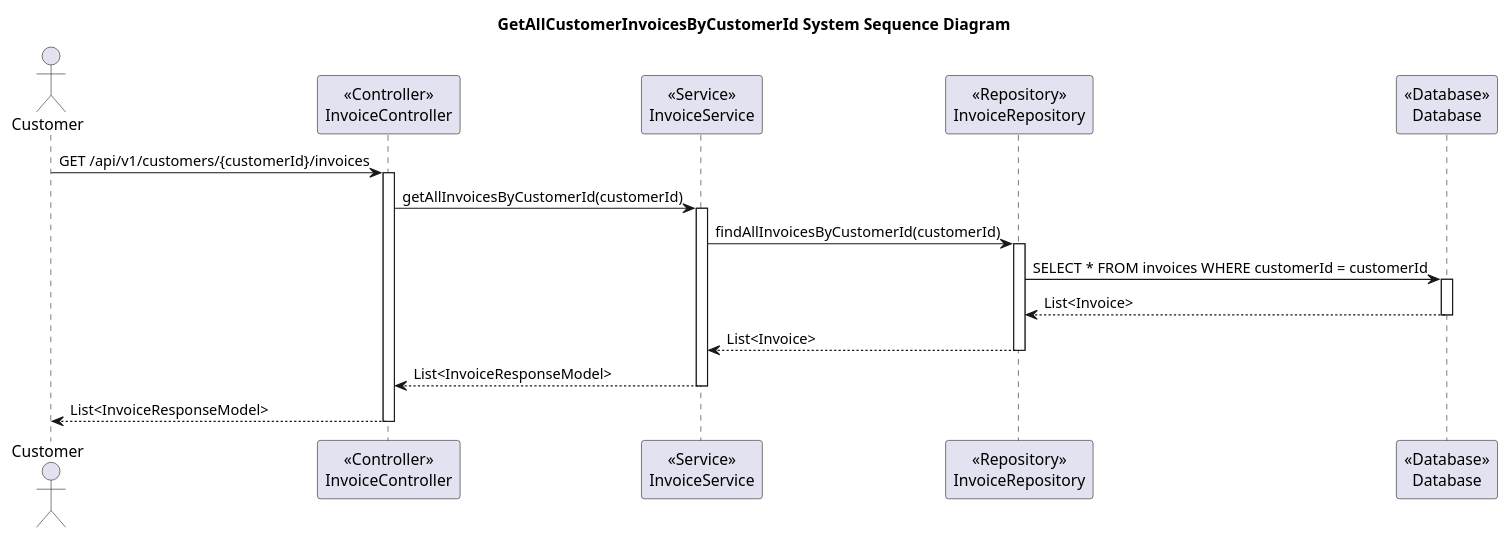
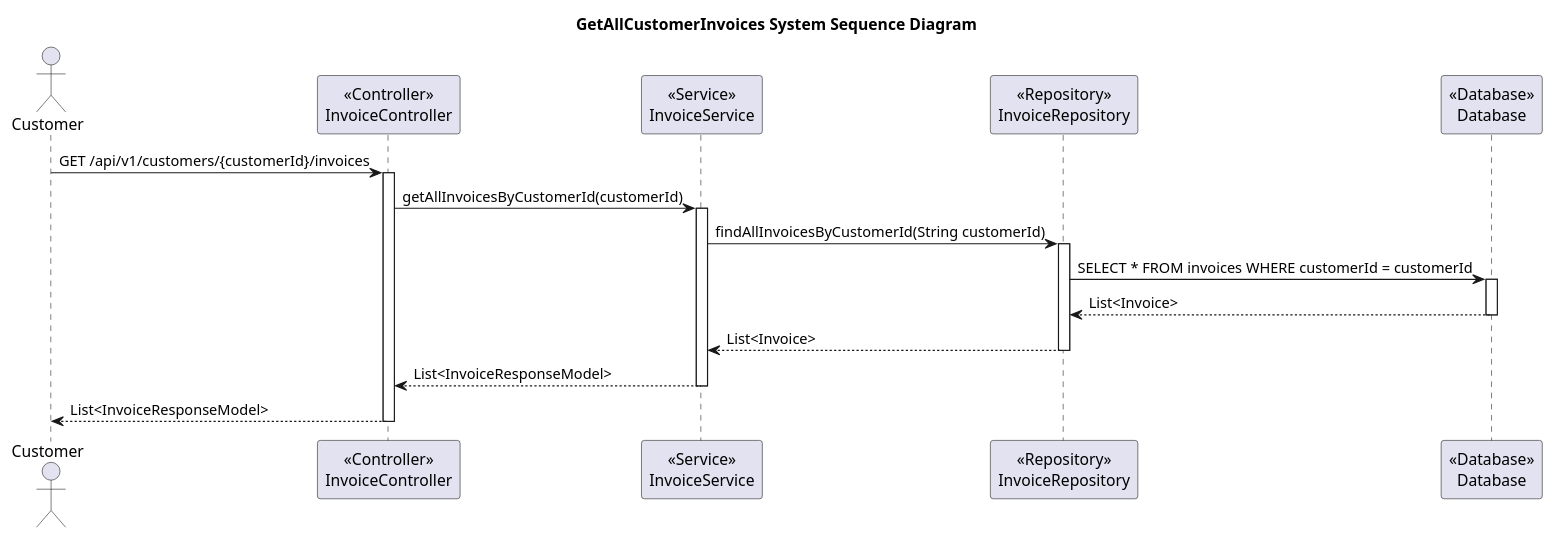
The diagram in diagrams/2-customer/Invoices/GetAllCustomerInvoices/2.1-GetAllCustomerInvoicesSystemSequenceDiagram.puml (Iantomasi/ateliermecanique-ws), drawn with PlantUML before and after one commit. The commit also changed 52 other files, not shown here.

```diff
--- a/diagrams/2-customer/Invoices/GetAllCustomerInvoices/2.1-GetAllCustomerInvoicesSystemSequenceDiagram.puml
+++ b/diagrams/2-customer/Invoices/GetAllCustomerInvoices/2.1-GetAllCustomerInvoicesSystemSequenceDiagram.puml
@@ -1,34 +1,34 @@
 @startuml
-title GetAllCustomerInvoicesByCustomerId System Sequence Diagram
+title GetAllCustomerInvoices System Sequence Diagram
 
 actor Customer
 
 participant InvoiceController as "<<Controller>>\nInvoiceController"
 participant InvoiceService as "<<Service>>\nInvoiceService"
 participant InvoiceRepository as "<<Repository>>\nInvoiceRepository"
 participant Database as "<<Database>>\nDatabase"
 
 Customer -> InvoiceController: GET /api/v1/customers/{customerId}/invoices
 activate InvoiceController
 
 InvoiceController -> InvoiceService: getAllInvoicesByCustomerId(customerId)
 activate InvoiceService
 
-InvoiceService -> InvoiceRepository: findAllInvoicesByCustomerId(customerId)
+InvoiceService -> InvoiceRepository: findAllInvoicesByCustomerId(String customerId)
 activate InvoiceRepository
 
 InvoiceRepository -> Database: SELECT * FROM invoices WHERE customerId = customerId
 activate Database
 
 Database --> InvoiceRepository: List<Invoice>
 deactivate Database
 
 InvoiceRepository --> InvoiceService: List<Invoice>
 deactivate InvoiceRepository
 
 InvoiceService --> InvoiceController: List<InvoiceResponseModel>
 deactivate InvoiceService
 
 InvoiceController --> Customer: List<InvoiceResponseModel>
 deactivate InvoiceController
 @enduml
```
